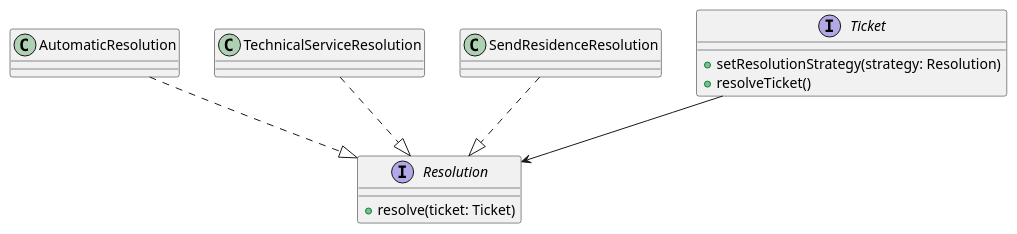
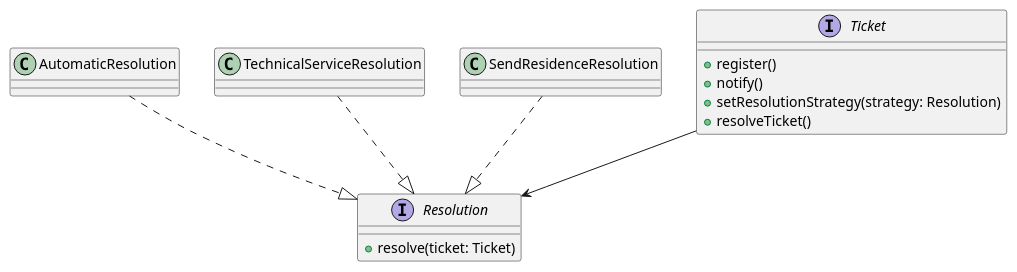
One commit to DilanUni/design-patterns-Ing changed the diagram in strategy.puml. Above: the diagram before and after it, drawn with PlantUML.

Commit message:
Se agregan métodos a Ticket en Strategy para mantener coherencia

```diff
--- a/strategy.puml
+++ b/strategy.puml
@@ -1,20 +1,23 @@
 @startuml
 
 interface Resolution {
     +resolve(ticket: Ticket)
 }
 
 class AutomaticResolution
 class TechnicalServiceResolution
 class SendResidenceResolution
 
 interface Ticket {
+    +register()
+    +notify()
     +setResolutionStrategy(strategy: Resolution)
     +resolveTicket()
 }
+
 
 AutomaticResolution ..|> Resolution
 TechnicalServiceResolution ..|> Resolution
 SendResidenceResolution ..|> Resolution
 Ticket --> Resolution
 @enduml
```
